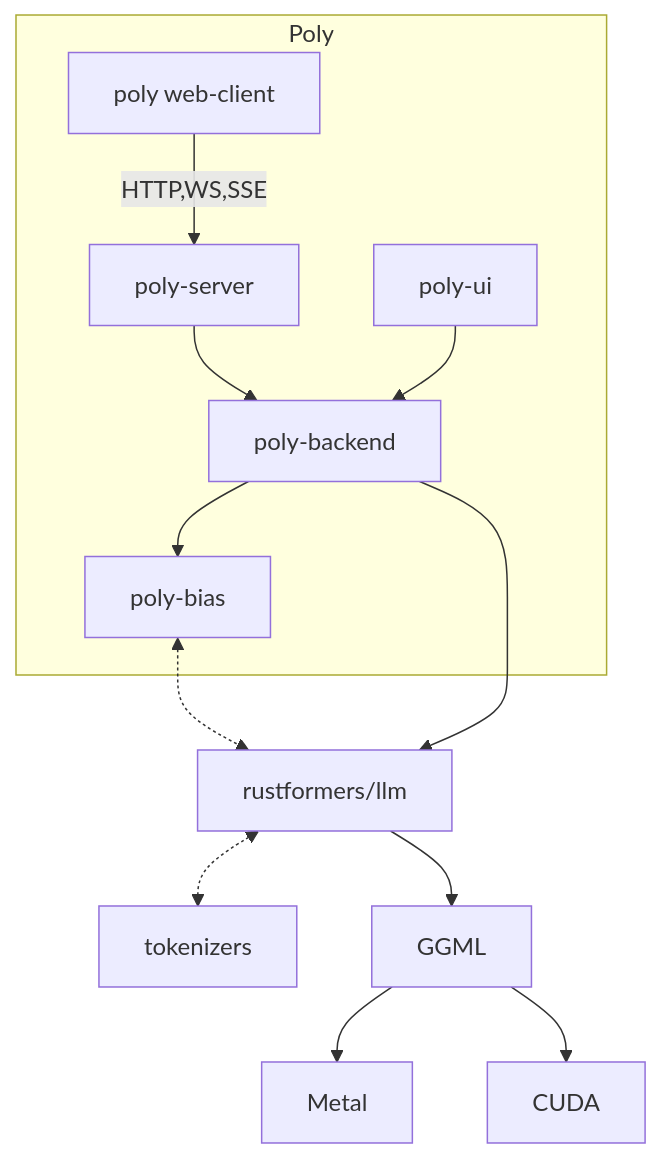
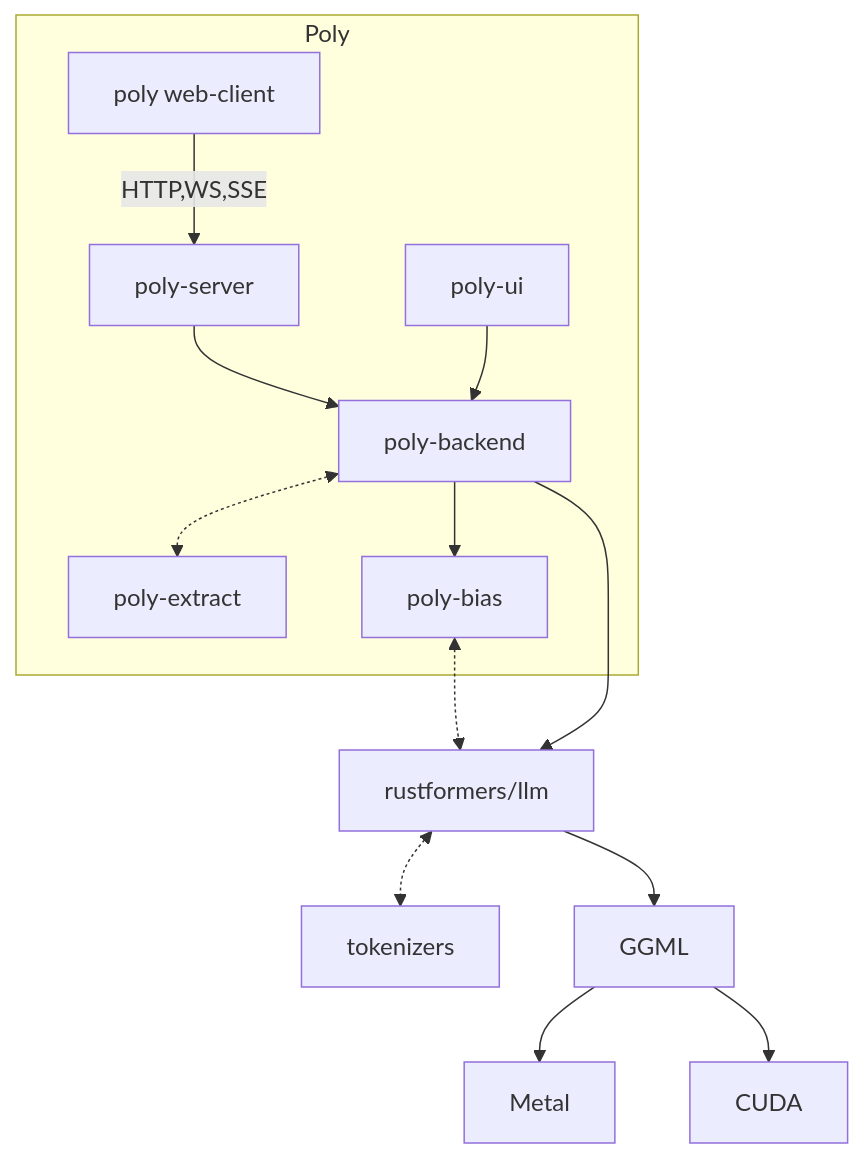
The diagram in README.md (pixelspark/poly), drawn with Mermaid before and after one commit. The commit also changed other lines of this file and 7 other files, not shown here.

````diff
--- a/README.md
+++ b/README.md
@@ -10,30 +11,32 @@
 ```mermaid
 flowchart TD
 
 subgraph Poly
 	PW[poly web-client]
 	PS[poly-server]
 	PB[poly-backend]
+	PE[poly-extract]
 	PU[poly-ui]
 	PBs[poly-bias]
 
 	PW-->|HTTP,WS,SSE|PS
 	PB-->PBs
+	PB<-.->PE
 
 	PS-->PB
 	PU-->PB
 end
 
 LLM[rustformers/llm]
 PBs<-.->LLM
 
 T[tokenizers]
 GGML
 Metal
 PB-->LLM
 LLM<-.->T
 LLM-->GGML
 GGML-->Metal
 GGML-->CUDA
 
 ```
````
